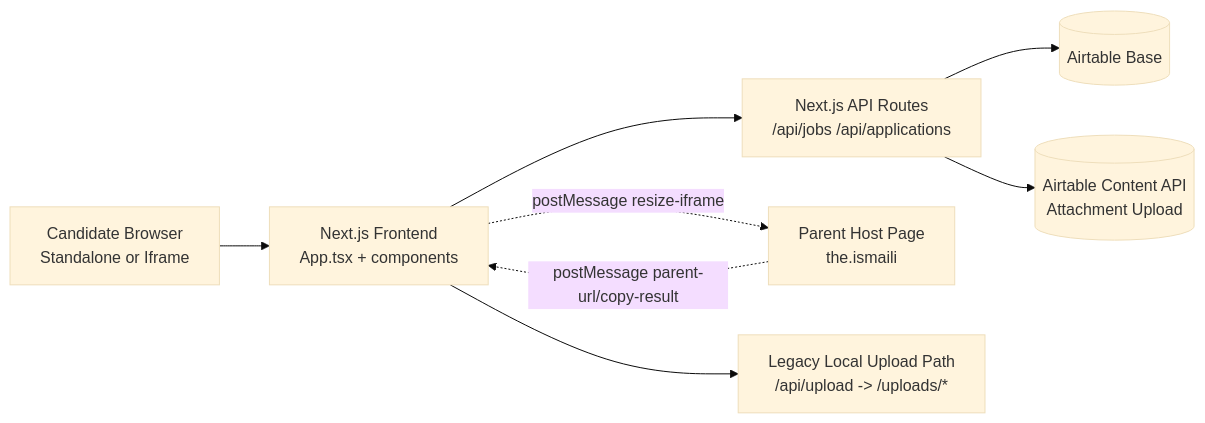
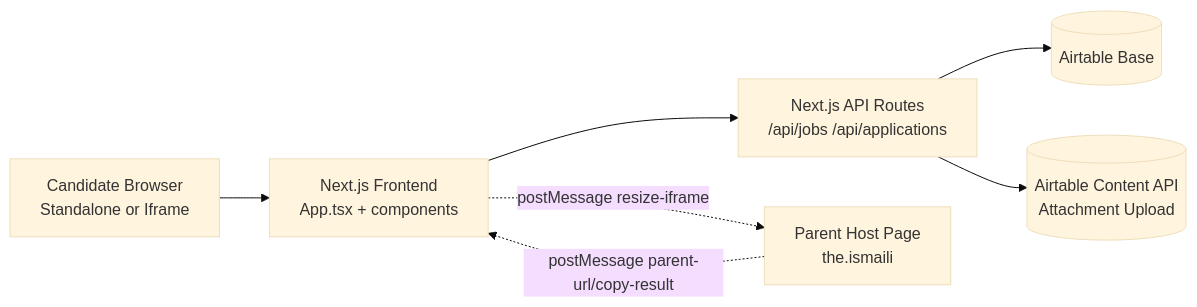
One commit to Aydinm1/GE-Opportunity-Board changed the diagram in docs/architecture.md. Above: the diagram before and after it, drawn with Mermaid (base theme). The commit also changed other lines of this file and 15 other files, not shown here.

Commit message:
removed legacy upload code

````diff
--- a/docs/architecture.md
+++ b/docs/architecture.md
@@ -5,12 +5,10 @@
 ```mermaid
 flowchart LR
   A[Candidate Browser<br/>Standalone or Iframe] --> B[Next.js Frontend<br/>App.tsx + components]
   B --> C[Next.js API Routes<br/>/api/jobs /api/applications]
   C --> D[(Airtable Base)]
   C --> E[(Airtable Content API<br/>Attachment Upload)]
 
   B -.postMessage resize-iframe.-> P[Parent Host Page<br/>the.ismaili]
   P -.postMessage parent-url/copy-result.-> B
-
-  B --> L[Legacy Local Upload Path<br/>/api/upload -> /uploads/*]
 ```
````
